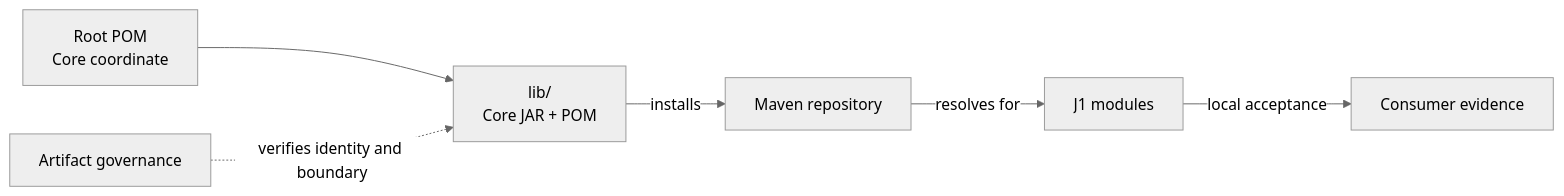
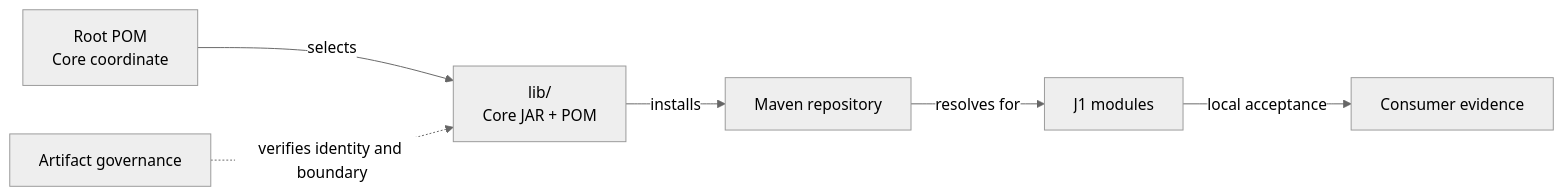
Before and after one commit to crististefanita/atf_j1: the diagram in docs/ATF_Core_Consumer.md, drawn with Mermaid (neutral theme). The commit also changed 17 other files, not shown here.

```diff
--- a/docs/ATF_Core_Consumer.md
+++ b/docs/ATF_Core_Consumer.md
@@ -50,8 +50,8 @@
 ~~~mermaid
 flowchart LR
-    Pin["Root POM<br/>Core coordinate"] --> Pair["lib/<br/>Core JAR + POM"]
+    Pin["Root POM<br/>Core coordinate"] -->|selects| Pair["lib/<br/>Core JAR + POM"]
     Pair -->|installs| Repo["Maven repository"]
     Repo -->|resolves for| Modules["J1 modules"]
     Modules -->|local acceptance| Evidence["Consumer evidence"]
     Governance["Artifact governance"] -. verifies identity and boundary .-> Pair
 ~~~
```
